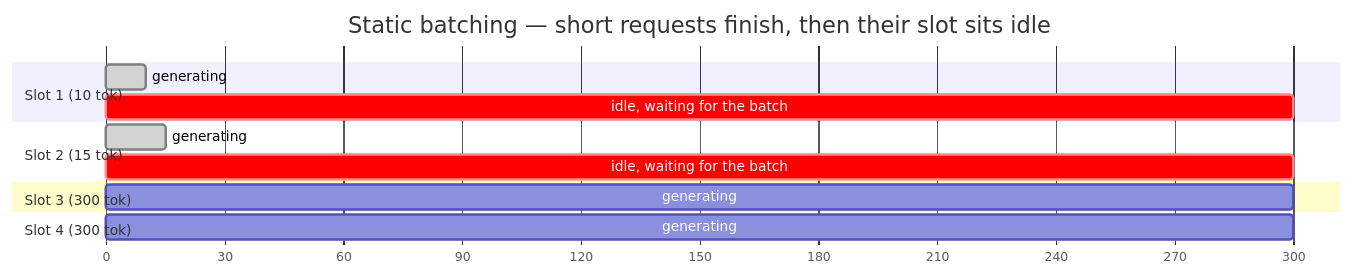
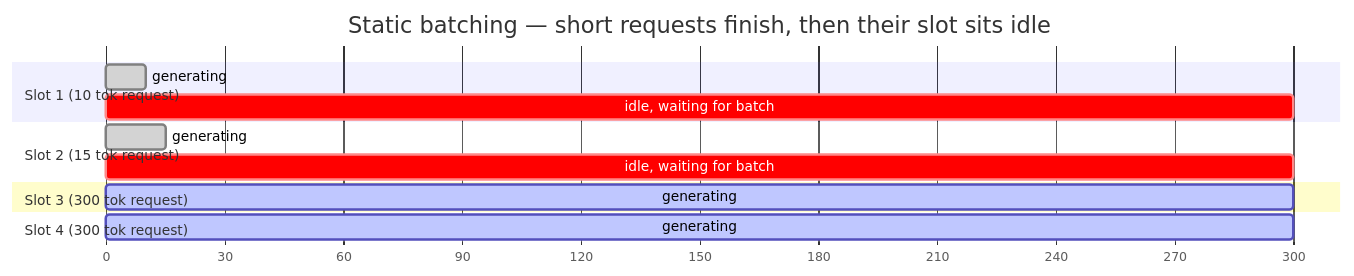
One commit to riyaz-pasha/Learnings changed the fourth of 13 diagrams in system-design/HLD/0-course/42-Design-a-ChatGPT-System-FAANG-Guide-story.md. Above: the diagram before and after it, drawn with Mermaid. The commit also changed other lines of this file and 1 other file, not shown here.

Commit message:
[REWRITE] ChatGPT System story guide: simplify prose, add structure, fix diagrams

````diff
--- a/system-design/HLD/0-course/42-Design-a-ChatGPT-System-FAANG-Guide-story.md
+++ b/system-design/HLD/0-course/42-Design-a-ChatGPT-System-FAANG-Guide-story.md
@@ -84,16 +220,16 @@
 ```mermaid
 gantt
     dateFormat X
     axisFormat %s
     title Static batching — short requests finish, then their slot sits idle
-    section Slot 1 (10 tok)
-    generating :done, a1, 0, 10
-    idle, waiting for the batch : crit, a2, 10, 300
-    section Slot 2 (15 tok)
-    generating :done, b1, 0, 15
-    idle, waiting for the batch : crit, b2, 15, 300
-    section Slot 3 (300 tok)
-    generating : c1, 0, 300
-    section Slot 4 (300 tok)
-    generating : d1, 0, 300
+    section Slot 1 (10 tok request)
+    generating          :done, a1, 0, 10
+    idle, waiting for batch : crit, a2, 10, 300
+    section Slot 2 (15 tok request)
+    generating          :done, b1, 0, 15
+    idle, waiting for batch : crit, b2, 15, 300
+    section Slot 3 (300 tok request)
+    generating          :active, c1, 0, 300
+    section Slot 4 (300 tok request)
+    generating          :active, d1, 0, 300
 ```
````
